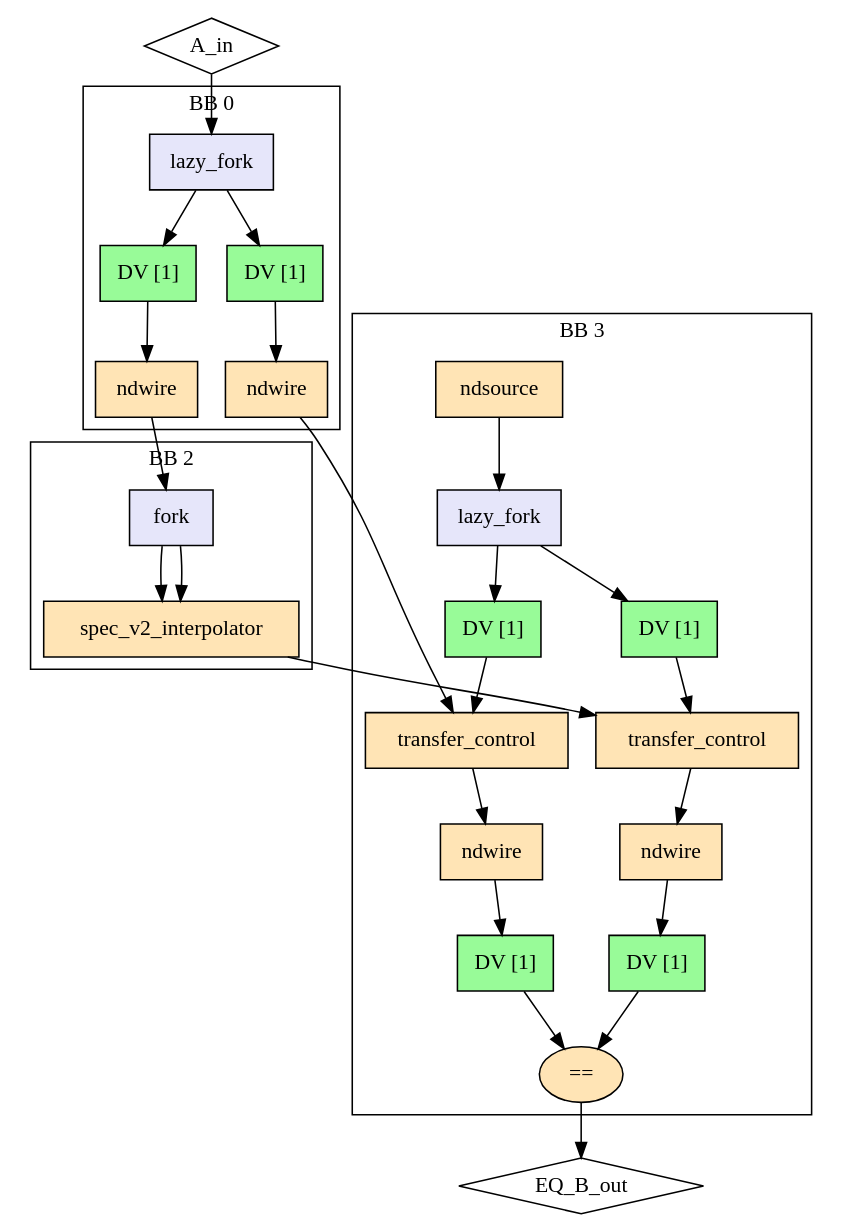
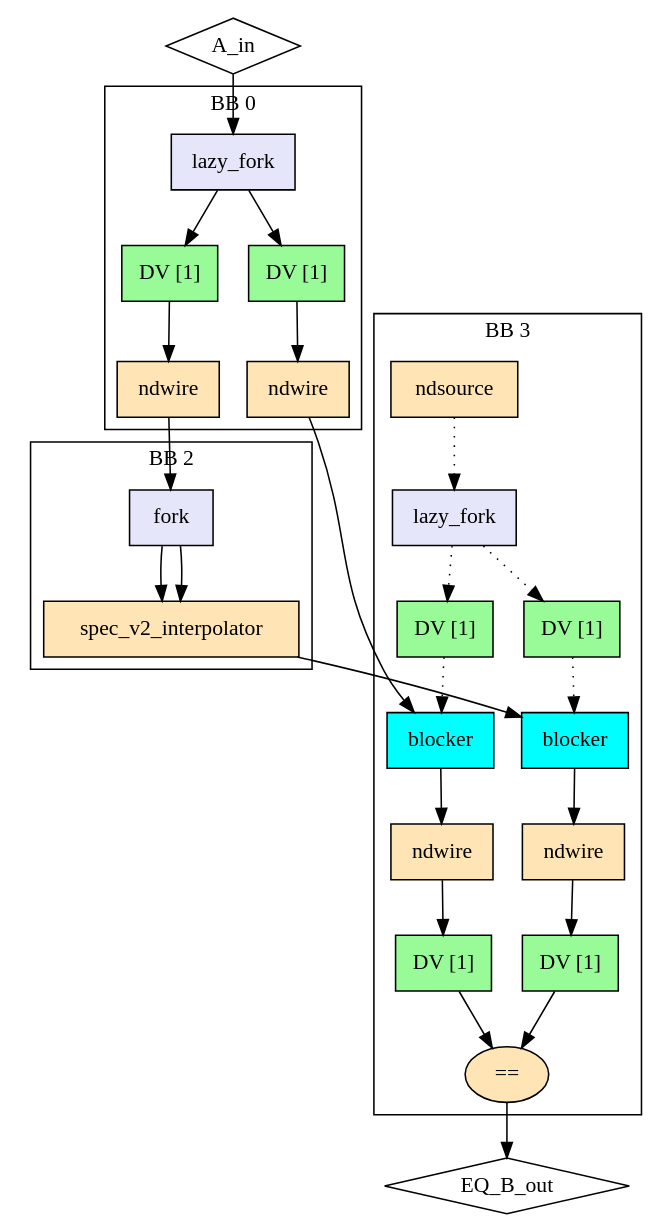
One commit to EPFL-LAP/dynamatic changed the diagram in experimental/tools/elastic-miter/out/interpolator_ident/miter/model.dot. Above: the diagram before and after it, drawn with Graphviz. The commit also changed 159 other files, not shown here.

```diff
--- a/experimental/tools/elastic-miter/out/interpolator_ident/miter/model.dot
+++ b/experimental/tools/elastic-miter/out/interpolator_ident/miter/model.dot
@@ -1,55 +1,55 @@
 Digraph G {
   splines=spline
   compound=true
   "A_in" ["style"="solid", "shape"="diamond", "label"="A_in", "mlir_op"="handshake.func"]
   "EQ_B_out" ["style"="solid", "shape"="diamond", "label"="EQ_B_out", "mlir_op"="handshake.func"]
   "A_in" -> "in_fork_A_in" ["dir"="both", "style"="solid", "arrowhead"="normal", "from_idx"="0", "to"="ins", "arrowtail"="none", "from"="A_in", "to_idx"="0"]
-  "lhs_in_ndw_A_in" -> "out_lhs_tc_B_out" ["dir"="both", "style"="solid", "arrowhead"="normal", "from_idx"="0", "to"="ins", "arrowtail"="none", "from"="outs", "to_idx"="0"]
+  "lhs_in_ndw_A_in" -> "out_lhs_bl_B_out" ["dir"="both", "style"="solid", "arrowhead"="normal", "from_idx"="0", "to"="ins", "arrowtail"="none", "from"="outs", "to_idx"="0"]
   "rhs_in_ndw_A_in" -> "rhs_fork" ["dir"="both", "style"="solid", "arrowhead"="normal", "from_idx"="0", "to"="ins", "arrowtail"="none", "from"="outs", "to_idx"="0"]
-  "rhs_interpolate" -> "out_rhs_tc_B_out" ["dir"="both", "style"="solid", "arrowhead"="normal", "from_idx"="0", "to"="ins", "arrowtail"="none", "from"="result", "to_idx"="0"]
+  "rhs_interpolate" -> "out_rhs_bl_B_out" ["dir"="both", "style"="solid", "arrowhead"="normal", "from_idx"="0", "to"="ins", "arrowtail"="none", "from"="result", "to_idx"="0"]
   "out_eq_B_out" -> "EQ_B_out" ["dir"="both", "style"="solid", "arrowhead"="normal", "from_idx"="0", "to"="EQ_B_out", "arrowtail"="none", "from"="result", "to_idx"="0"]
   subgraph cluster0 {
     graph ["label"="BB 0"]
     "in_fork_A_in" ["style"="filled", "fillcolor"="lavender", "shape"="box", "label"="lazy_fork", "mlir_op"="handshake.lazy_fork"]
     "lhs_in_buf_A_in" ["style"="filled", "fillcolor"="palegreen", "shape"="box", "label"="DV [1]", "mlir_op"="handshake.buffer"]
     "rhs_in_buf_A_in" ["style"="filled", "fillcolor"="palegreen", "shape"="box", "label"="DV [1]", "mlir_op"="handshake.buffer"]
     "lhs_in_ndw_A_in" ["style"="filled", "fillcolor"="moccasin", "shape"="box", "label"="ndwire", "mlir_op"="handshake.ndwire"]
     "rhs_in_ndw_A_in" ["style"="filled", "fillcolor"="moccasin", "shape"="box", "label"="ndwire", "mlir_op"="handshake.ndwire"]
     "in_fork_A_in" -> "lhs_in_buf_A_in" ["dir"="both", "style"="solid", "arrowhead"="normal", "from_idx"="0", "to"="ins", "arrowtail"="none", "from"="outs_0", "to_idx"="0"]
     "in_fork_A_in" -> "rhs_in_buf_A_in" ["dir"="both", "style"="solid", "arrowhead"="normal", "from_idx"="1", "to"="ins", "arrowtail"="none", "from"="outs_1", "to_idx"="0"]
     "lhs_in_buf_A_in" -> "lhs_in_ndw_A_in" ["dir"="both", "style"="solid", "arrowhead"="normal", "from_idx"="0", "to"="ins", "arrowtail"="none", "from"="outs", "to_idx"="0"]
     "rhs_in_buf_A_in" -> "rhs_in_ndw_A_in" ["dir"="both", "style"="solid", "arrowhead"="normal", "from_idx"="0", "to"="ins", "arrowtail"="none", "from"="outs", "to_idx"="0"]
   }
   subgraph cluster2 {
     graph ["label"="BB 2"]
     "rhs_fork" ["style"="filled", "fillcolor"="lavender", "shape"="box", "label"="fork", "mlir_op"="handshake.fork"]
     "rhs_interpolate" ["style"="filled", "fillcolor"="moccasin", "shape"="box", "label"="spec_v2_interpolator", "mlir_op"="handshake.spec_v2_interpolator"]
     "rhs_fork" -> "rhs_interpolate" ["dir"="both", "style"="solid", "arrowhead"="normal", "from_idx"="0", "to"="short", "arrowtail"="none", "from"="outs_0", "to_idx"="0"]
     "rhs_fork" -> "rhs_interpolate" ["dir"="both", "style"="solid", "arrowhead"="normal", "from_idx"="1", "to"="long", "arrowtail"="none", "from"="outs_1", "to_idx"="1"]
   }
   subgraph cluster3 {
     graph ["label"="BB 3"]
     "out_nds_B_out" ["style"="filled", "fillcolor"="moccasin", "shape"="box", "label"="ndsource", "mlir_op"="handshake.ndsource"]
     "out_lf_B_out" ["style"="filled", "fillcolor"="lavender", "shape"="box", "label"="lazy_fork", "mlir_op"="handshake.lazy_fork"]
     "out_buf_lhs_nds_B_out" ["style"="filled", "fillcolor"="palegreen", "shape"="box", "label"="DV [1]", "mlir_op"="handshake.buffer"]
     "out_buf_rhs_nds_B_out" ["style"="filled", "fillcolor"="palegreen", "shape"="box", "label"="DV [1]", "mlir_op"="handshake.buffer"]
-    "out_lhs_tc_B_out" ["style"="filled", "fillcolor"="moccasin", "shape"="box", "label"="transfer_control", "mlir_op"="handshake.transfer_control"]
-    "out_rhs_tc_B_out" ["style"="filled", "fillcolor"="moccasin", "shape"="box", "label"="transfer_control", "mlir_op"="handshake.transfer_control"]
+    "out_lhs_bl_B_out" ["style"="filled", "fillcolor"="cyan", "shape"="box", "label"="blocker", "mlir_op"="handshake.blocker"]
+    "out_rhs_bl_B_out" ["style"="filled", "fillcolor"="cyan", "shape"="box", "label"="blocker", "mlir_op"="handshake.blocker"]
     "lhs_out_ndw_B_out" ["style"="filled", "fillcolor"="moccasin", "shape"="box", "label"="ndwire", "mlir_op"="handshake.ndwire"]
     "rhs_out_ndw_B_out" ["style"="filled", "fillcolor"="moccasin", "shape"="box", "label"="ndwire", "mlir_op"="handshake.ndwire"]
     "lhs_out_buf_B_out" ["style"="filled", "fillcolor"="palegreen", "shape"="box", "label"="DV [1]", "mlir_op"="handshake.buffer"]
     "rhs_out_buf_B_out" ["style"="filled", "fillcolor"="palegreen", "shape"="box", "label"="DV [1]", "mlir_op"="handshake.buffer"]
     "out_eq_B_out" ["style"="filled", "fillcolor"="moccasin", "shape"="oval", "label"="==", "mlir_op"="handshake.cmpi=="]
-    "out_nds_B_out" -> "out_lf_B_out" ["dir"="both", "style"="solid", "arrowhead"="normal", "from_idx"="0", "to"="ins", "arrowtail"="none", "from"="result", "to_idx"="0"]
-    "out_lf_B_out" -> "out_buf_lhs_nds_B_out" ["dir"="both", "style"="solid", "arrowhead"="normal", "from_idx"="0", "to"="ins", "arrowtail"="none", "from"="outs_0", "to_idx"="0"]
-    "out_lf_B_out" -> "out_buf_rhs_nds_B_out" ["dir"="both", "style"="solid", "arrowhead"="normal", "from_idx"="1", "to"="ins", "arrowtail"="none", "from"="outs_1", "to_idx"="0"]
-    "out_buf_lhs_nds_B_out" -> "out_lhs_tc_B_out" ["dir"="both", "style"="solid", "arrowhead"="normal", "from_idx"="0", "to"="ctrl", "arrowtail"="none", "from"="outs", "to_idx"="1"]
-    "out_buf_rhs_nds_B_out" -> "out_rhs_tc_B_out" ["dir"="both", "style"="solid", "arrowhead"="normal", "from_idx"="0", "to"="ctrl", "arrowtail"="none", "from"="outs", "to_idx"="1"]
-    "out_lhs_tc_B_out" -> "lhs_out_ndw_B_out" ["dir"="both", "style"="solid", "arrowhead"="normal", "from_idx"="0", "to"="ins", "arrowtail"="none", "from"="outs", "to_idx"="0"]
-    "out_rhs_tc_B_out" -> "rhs_out_ndw_B_out" ["dir"="both", "style"="solid", "arrowhead"="normal", "from_idx"="0", "to"="ins", "arrowtail"="none", "from"="outs", "to_idx"="0"]
+    "out_nds_B_out" -> "out_lf_B_out" ["dir"="both", "style"="dotted", "arrowhead"="normal", "from_idx"="0", "to"="ins", "arrowtail"="none", "from"="result", "to_idx"="0"]
+    "out_lf_B_out" -> "out_buf_lhs_nds_B_out" ["dir"="both", "style"="dotted", "arrowhead"="normal", "from_idx"="0", "to"="ins", "arrowtail"="none", "from"="outs_0", "to_idx"="0"]
+    "out_lf_B_out" -> "out_buf_rhs_nds_B_out" ["dir"="both", "style"="dotted", "arrowhead"="normal", "from_idx"="1", "to"="ins", "arrowtail"="none", "from"="outs_1", "to_idx"="0"]
+    "out_buf_lhs_nds_B_out" -> "out_lhs_bl_B_out" ["dir"="both", "style"="dotted", "arrowhead"="normal", "from_idx"="0", "to"="ctrl", "arrowtail"="none", "from"="outs", "to_idx"="1"]
+    "out_buf_rhs_nds_B_out" -> "out_rhs_bl_B_out" ["dir"="both", "style"="dotted", "arrowhead"="normal", "from_idx"="0", "to"="ctrl", "arrowtail"="none", "from"="outs", "to_idx"="1"]
+    "out_lhs_bl_B_out" -> "lhs_out_ndw_B_out" ["dir"="both", "style"="solid", "arrowhead"="normal", "from_idx"="0", "to"="ins", "arrowtail"="none", "from"="outs", "to_idx"="0"]
+    "out_rhs_bl_B_out" -> "rhs_out_ndw_B_out" ["dir"="both", "style"="solid", "arrowhead"="normal", "from_idx"="0", "to"="ins", "arrowtail"="none", "from"="outs", "to_idx"="0"]
     "lhs_out_ndw_B_out" -> "lhs_out_buf_B_out" ["dir"="both", "style"="solid", "arrowhead"="normal", "from_idx"="0", "to"="ins", "arrowtail"="none", "from"="outs", "to_idx"="0"]
     "rhs_out_ndw_B_out" -> "rhs_out_buf_B_out" ["dir"="both", "style"="solid", "arrowhead"="normal", "from_idx"="0", "to"="ins", "arrowtail"="none", "from"="outs", "to_idx"="0"]
     "lhs_out_buf_B_out" -> "out_eq_B_out" ["dir"="both", "style"="solid", "arrowhead"="normal", "from_idx"="0", "to"="lhs", "arrowtail"="none", "from"="outs", "to_idx"="0"]
     "rhs_out_buf_B_out" -> "out_eq_B_out" ["dir"="both", "style"="solid", "arrowhead"="normal", "from_idx"="0", "to"="rhs", "arrowtail"="none", "from"="outs", "to_idx"="1"]
   }
 }
```
